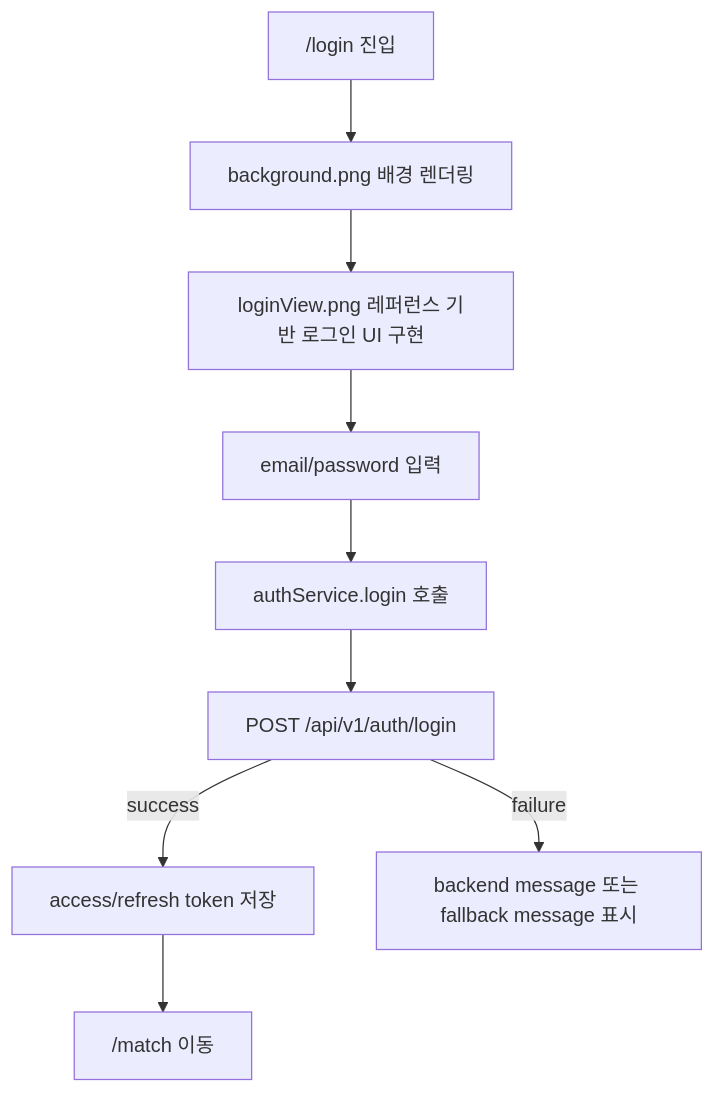
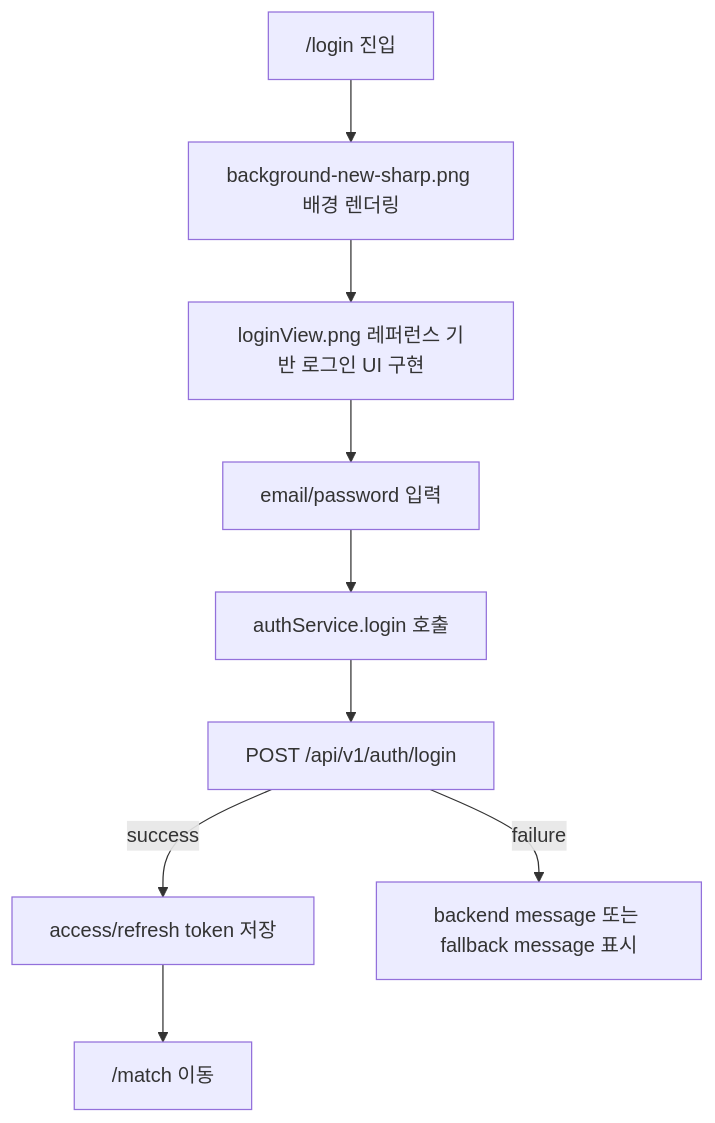
One commit to moonwhistle/League-of-Star changed the third of 3 diagrams in docs/antigravity/frontend/issue-72-login-page.md. Above: the diagram before and after it, drawn with Mermaid. The commit also changed other lines of this file and 49 other files, not shown here.

````diff
--- a/docs/antigravity/frontend/issue-72-login-page.md
+++ b/docs/antigravity/frontend/issue-72-login-page.md
@@ -204,11 +204,11 @@
 ```mermaid
 flowchart TD
-    A["/login 진입"] --> B["background.png 배경 렌더링"]
+    A["/login 진입"] --> B["background-new-sharp.png 배경 렌더링"]
     B --> C["loginView.png 레퍼런스 기반 로그인 UI 구현"]
     C --> D["email/password 입력"]
     D --> E["authService.login 호출"]
     E --> F["POST /api/v1/auth/login"]
     F -->|success| G["access/refresh token 저장"]
     G --> H["/match 이동"]
     F -->|failure| I["backend message 또는 fallback message 표시"]
 ```
````
